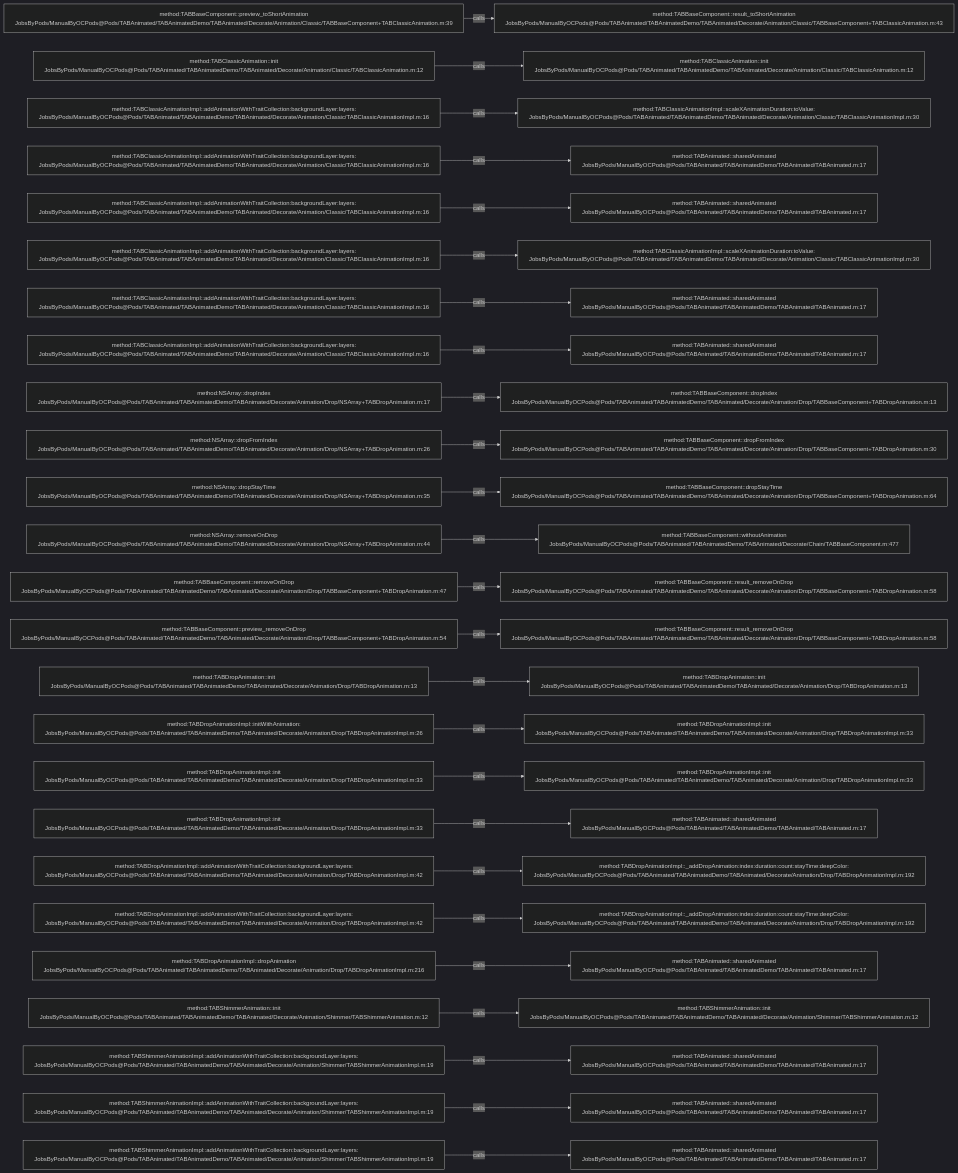
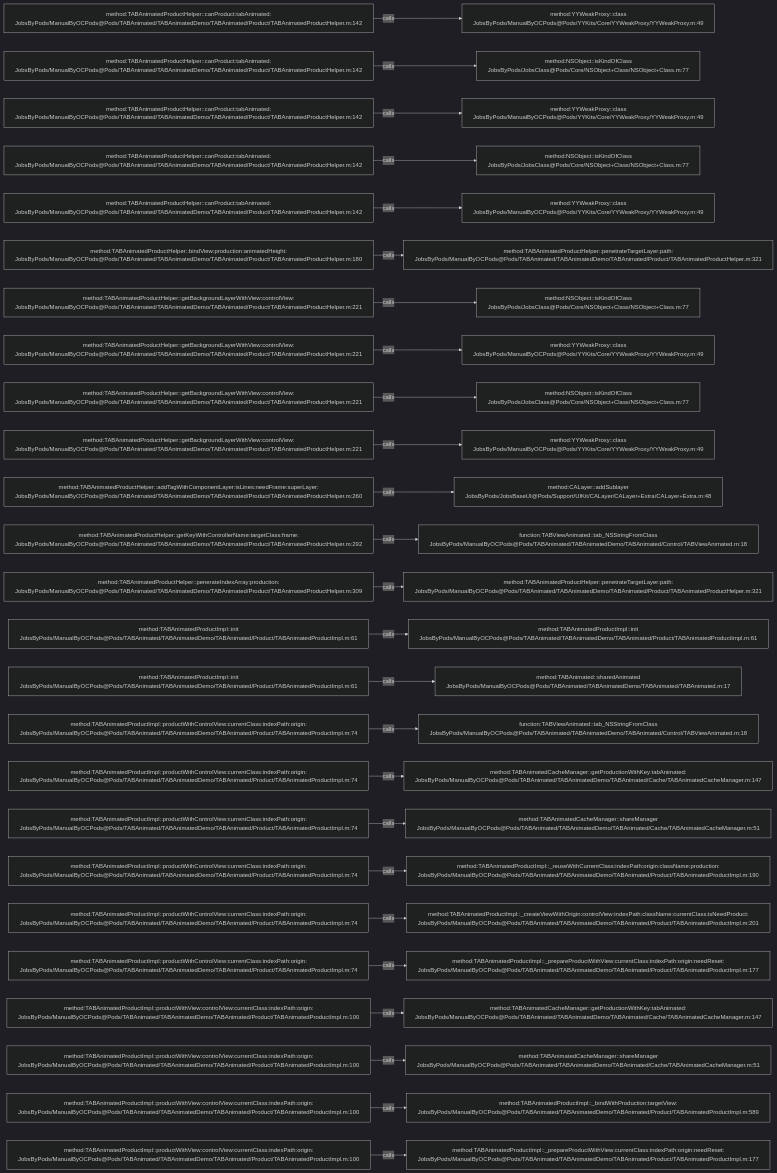
One commit to JobsKits/JobsOCBaseConfigDemo changed the diagram in .codegraph/codegraph.md/graphs/calls-036.md. Above: the diagram before and after it, drawn with Mermaid (dark theme). The commit also changed 1223 other files, not shown here.

````diff
--- a/.codegraph/codegraph.md/graphs/calls-036.md
+++ b/.codegraph/codegraph.md/graphs/calls-036.md
@@ -13,78 +13,78 @@
 ```mermaid
 flowchart LR
-  S1["method:TABBaseComponent::preview_toShortAnimation<br/>JobsByPods/ManualByOCPods@Pods/TABAnimated/TABAnimatedDemo/TABAnimated/Decorate/Animation/Classic/TABBaseComponent+TABClassicAnimation.m:39"]
-  T1["method:TABBaseComponent::result_toShortAnimation<br/>JobsByPods/ManualByOCPods@Pods/TABAnimated/TABAnimatedDemo/TABAnimated/Decorate/Animation/Classic/TABBaseComponent+TABClassicAnimation.m:43"]
+  S1["method:TABAnimatedProductHelper::canProduct:tabAnimated:<br/>JobsByPods/ManualByOCPods@Pods/TABAnimated/TABAnimatedDemo/TABAnimated/Product/TABAnimatedProductHelper.m:142"]
+  T1["method:YYWeakProxy::class<br/>JobsByPods/ManualByOCPods@Pods/YYKits/Core/YYWeakProxy/YYWeakProxy.m:49"]
   S1 -->|calls| T1
-  S2["method:TABClassicAnimation::init<br/>JobsByPods/ManualByOCPods@Pods/TABAnimated/TABAnimatedDemo/TABAnimated/Decorate/Animation/Classic/TABClassicAnimation.m:12"]
-  T2["method:TABClassicAnimation::init<br/>JobsByPods/ManualByOCPods@Pods/TABAnimated/TABAnimatedDemo/TABAnimated/Decorate/Animation/Classic/TABClassicAnimation.m:12"]
+  S2["method:TABAnimatedProductHelper::canProduct:tabAnimated:<br/>JobsByPods/ManualByOCPods@Pods/TABAnimated/TABAnimatedDemo/TABAnimated/Product/TABAnimatedProductHelper.m:142"]
+  T2["method:NSObject::isKindOfClass<br/>JobsByPods/JobsClass@Pods/Core/NSObject+Class/NSObject+Class.m:77"]
   S2 -->|calls| T2
-  S3["method:TABClassicAnimationImpl::addAnimationWithTraitCollection:backgroundLayer:layers:<br/>JobsByPods/ManualByOCPods@Pods/TABAnimated/TABAnimatedDemo/TABAnimated/Decorate/Animation/Classic/TABClassicAnimationImpl.m:16"]
-  T3["method:TABClassicAnimationImpl::scaleXAnimationDuration:toValue:<br/>JobsByPods/ManualByOCPods@Pods/TABAnimated/TABAnimatedDemo/TABAnimated/Decorate/Animation/Classic/TABClassicAnimationImpl.m:30"]
+  S3["method:TABAnimatedProductHelper::canProduct:tabAnimated:<br/>JobsByPods/ManualByOCPods@Pods/TABAnimated/TABAnimatedDemo/TABAnimated/Product/TABAnimatedProductHelper.m:142"]
+  T3["method:YYWeakProxy::class<br/>JobsByPods/ManualByOCPods@Pods/YYKits/Core/YYWeakProxy/YYWeakProxy.m:49"]
   S3 -->|calls| T3
-  S4["method:TABClassicAnimationImpl::addAnimationWithTraitCollection:backgroundLayer:layers:<br/>JobsByPods/ManualByOCPods@Pods/TABAnimated/TABAnimatedDemo/TABAnimated/Decorate/Animation/Classic/TABClassicAnimationImpl.m:16"]
-  T4["method:TABAnimated::sharedAnimated<br/>JobsByPods/ManualByOCPods@Pods/TABAnimated/TABAnimatedDemo/TABAnimated/TABAnimated.m:17"]
+  S4["method:TABAnimatedProductHelper::canProduct:tabAnimated:<br/>JobsByPods/ManualByOCPods@Pods/TABAnimated/TABAnimatedDemo/TABAnimated/Product/TABAnimatedProductHelper.m:142"]
+  T4["method:NSObject::isKindOfClass<br/>JobsByPods/JobsClass@Pods/Core/NSObject+Class/NSObject+Class.m:77"]
   S4 -->|calls| T4
-  S5["method:TABClassicAnimationImpl::addAnimationWithTraitCollection:backgroundLayer:layers:<br/>JobsByPods/ManualByOCPods@Pods/TABAnimated/TABAnimatedDemo/TABAnimated/Decorate/Animation/Classic/TABClassicAnimationImpl.m:16"]
-  T5["method:TABAnimated::sharedAnimated<br/>JobsByPods/ManualByOCPods@Pods/TABAnimated/TABAnimatedDemo/TABAnimated/TABAnimated.m:17"]
+  S5["method:TABAnimatedProductHelper::canProduct:tabAnimated:<br/>JobsByPods/ManualByOCPods@Pods/TABAnimated/TABAnimatedDemo/TABAnimated/Product/TABAnimatedProductHelper.m:142"]
+  T5["method:YYWeakProxy::class<br/>JobsByPods/ManualByOCPods@Pods/YYKits/Core/YYWeakProxy/YYWeakProxy.m:49"]
   S5 -->|calls| T5
-  S6["method:TABClassicAnimationImpl::addAnimationWithTraitCollection:backgroundLayer:layers:<br/>JobsByPods/ManualByOCPods@Pods/TABAnimated/TABAnimatedDemo/TABAnimated/Decorate/Animation/Classic/TABClassicAnimationImpl.m:16"]
-  T6["method:TABClassicAnimationImpl::scaleXAnimationDuration:toValue:<br/>JobsByPods/ManualByOCPods@Pods/TABAnimated/TABAnimatedDemo/TABAnimated/Decorate/Animation/Classic/TABClassicAnimationImpl.m:30"]
+  S6["method:TABAnimatedProductHelper::bindView:production:animatedHeight:<br/>JobsByPods/ManualByOCPods@Pods/TABAnimated/TABAnimatedDemo/TABAnimated/Product/TABAnimatedProductHelper.m:180"]
+  T6["method:TABAnimatedProductHelper::penetrateTargetLayer:path:<br/>JobsByPods/ManualByOCPods@Pods/TABAnimated/TABAnimatedDemo/TABAnimated/Product/TABAnimatedProductHelper.m:321"]
   S6 -->|calls| T6
-  S7["method:TABClassicAnimationImpl::addAnimationWithTraitCollection:backgroundLayer:layers:<br/>JobsByPods/ManualByOCPods@Pods/TABAnimated/TABAnimatedDemo/TABAnimated/Decorate/Animation/Classic/TABClassicAnimationImpl.m:16"]
-  T7["method:TABAnimated::sharedAnimated<br/>JobsByPods/ManualByOCPods@Pods/TABAnimated/TABAnimatedDemo/TABAnimated/TABAnimated.m:17"]
+  S7["method:TABAnimatedProductHelper::getBackgroundLayerWithView:controlView:<br/>JobsByPods/ManualByOCPods@Pods/TABAnimated/TABAnimatedDemo/TABAnimated/Product/TABAnimatedProductHelper.m:221"]
+  T7["method:NSObject::isKindOfClass<br/>JobsByPods/JobsClass@Pods/Core/NSObject+Class/NSObject+Class.m:77"]
   S7 -->|calls| T7
-  S8["method:TABClassicAnimationImpl::addAnimationWithTraitCollection:backgroundLayer:layers:<br/>JobsByPods/ManualByOCPods@Pods/TABAnimated/TABAnimatedDemo/TABAnimated/Decorate/Animation/Classic/TABClassicAnimationImpl.m:16"]
-  T8["method:TABAnimated::sharedAnimated<br/>JobsByPods/ManualByOCPods@Pods/TABAnimated/TABAnimatedDemo/TABAnimated/TABAnimated.m:17"]
+  S8["method:TABAnimatedProductHelper::getBackgroundLayerWithView:controlView:<br/>JobsByPods/ManualByOCPods@Pods/TABAnimated/TABAnimatedDemo/TABAnimated/Product/TABAnimatedProductHelper.m:221"]
+  T8["method:YYWeakProxy::class<br/>JobsByPods/ManualByOCPods@Pods/YYKits/Core/YYWeakProxy/YYWeakProxy.m:49"]
   S8 -->|calls| T8
-  S9["method:NSArray::dropIndex<br/>JobsByPods/ManualByOCPods@Pods/TABAnimated/TABAnimatedDemo/TABAnimated/Decorate/Animation/Drop/NSArray+TABDropAnimation.m:17"]
-  T9["method:TABBaseComponent::dropIndex<br/>JobsByPods/ManualByOCPods@Pods/TABAnimated/TABAnimatedDemo/TABAnimated/Decorate/Animation/Drop/TABBaseComponent+TABDropAnimation.m:13"]
+  S9["method:TABAnimatedProductHelper::getBackgroundLayerWithView:controlView:<br/>JobsByPods/ManualByOCPods@Pods/TABAnimated/TABAnimatedDemo/TABAnimated/Product/TABAnimatedProductHelper.m:221"]
+  T9["method:NSObject::isKindOfClass<br/>JobsByPods/JobsClass@Pods/Core/NSObject+Class/NSObject+Class.m:77"]
   S9 -->|calls| T9
-  S10["method:NSArray::dropFromIndex<br/>JobsByPods/ManualByOCPods@Pods/TABAnimated/TABAnimatedDemo/TABAnimated/Decorate/Animation/Drop/NSArray+TABDropAnimation.m:26"]
-  T10["method:TABBaseComponent::dropFromIndex<br/>JobsByPods/ManualByOCPods@Pods/TABAnimated/TABAnimatedDemo/TABAnimated/Decorate/Animation/Drop/TABBaseComponent+TABDropAnimation.m:30"]
+  S10["method:TABAnimatedProductHelper::getBackgroundLayerWithView:controlView:<br/>JobsByPods/ManualByOCPods@Pods/TABAnimated/TABAnimatedDemo/TABAnimated/Product/TABAnimatedProductHelper.m:221"]
+  T10["method:YYWeakProxy::class<br/>JobsByPods/ManualByOCPods@Pods/YYKits/Core/YYWeakProxy/YYWeakProxy.m:49"]
   S10 -->|calls| T10
-  S11["method:NSArray::dropStayTime<br/>JobsByPods/ManualByOCPods@Pods/TABAnimated/TABAnimatedDemo/TABAnimated/Decorate/Animation/Drop/NSArray+TABDropAnimation.m:35"]
-  T11["method:TABBaseComponent::dropStayTime<br/>JobsByPods/ManualByOCPods@Pods/TABAnimated/TABAnimatedDemo/TABAnimated/Decorate/Animation/Drop/TABBaseComponent+TABDropAnimation.m:64"]
+  S11["method:TABAnimatedProductHelper::addTagWithComponentLayer:isLines:needFrame:superLayer:<br/>JobsByPods/ManualByOCPods@Pods/TABAnimated/TABAnimatedDemo/TABAnimated/Product/TABAnimatedProductHelper.m:260"]
+  T11["method:CALayer::addSublayer<br/>JobsByPods/JobsBaseUI@Pods/Support/UIKit/CALayer/CALayer+Extra/CALayer+Extra.m:48"]
   S11 -->|calls| T11
-  S12["method:NSArray::removeOnDrop<br/>JobsByPods/ManualByOCPods@Pods/TABAnimated/TABAnimatedDemo/TABAnimated/Decorate/Animation/Drop/NSArray+TABDropAnimation.m:44"]
-  T12["method:TABBaseComponent::withoutAnimation<br/>JobsByPods/ManualByOCPods@Pods/TABAnimated/TABAnimatedDemo/TABAnimated/Decorate/Chain/TABBaseComponent.m:477"]
+  S12["method:TABAnimatedProductHelper::getKeyWithControllerName:targetClass:frame:<br/>JobsByPods/ManualByOCPods@Pods/TABAnimated/TABAnimatedDemo/TABAnimated/Product/TABAnimatedProductHelper.m:292"]
+  T12["function:TABViewAnimated::tab_NSStringFromClass<br/>JobsByPods/ManualByOCPods@Pods/TABAnimated/TABAnimatedDemo/TABAnimated/Control/TABViewAnimated.m:18"]
   S12 -->|calls| T12
-  S13["method:TABBaseComponent::removeOnDrop<br/>JobsByPods/ManualByOCPods@Pods/TABAnimated/TABAnimatedDemo/TABAnimated/Decorate/Animation/Drop/TABBaseComponent+TABDropAnimation.m:47"]
-  T13["method:TABBaseComponent::result_removeOnDrop<br/>JobsByPods/ManualByOCPods@Pods/TABAnimated/TABAnimatedDemo/TABAnimated/Decorate/Animation/Drop/TABBaseComponent+TABDropAnimation.m:58"]
+  S13["method:TABAnimatedProductHelper::penerateIndexArray:production:<br/>JobsByPods/ManualByOCPods@Pods/TABAnimated/TABAnimatedDemo/TABAnimated/Product/TABAnimatedProductHelper.m:309"]
+  T13["method:TABAnimatedProductHelper::penetrateTargetLayer:path:<br/>JobsByPods/ManualByOCPods@Pods/TABAnimated/TABAnimatedDemo/TABAnimated/Product/TABAnimatedProductHelper.m:321"]
   S13 -->|calls| T13
-  S14["method:TABBaseComponent::preview_removeOnDrop<br/>JobsByPods/ManualByOCPods@Pods/TABAnimated/TABAnimatedDemo/TABAnimated/Decorate/Animation/Drop/TABBaseComponent+TABDropAnimation.m:54"]
-  T14["method:TABBaseComponent::result_removeOnDrop<br/>JobsByPods/ManualByOCPods@Pods/TABAnimated/TABAnimatedDemo/TABAnimated/Decorate/Animation/Drop/TABBaseComponent+TABDropAnimation.m:58"]
+  S14["method:TABAnimatedProductImpl::init<br/>JobsByPods/ManualByOCPods@Pods/TABAnimated/TABAnimatedDemo/TABAnimated/Product/TABAnimatedProductImpl.m:61"]
+  T14["method:TABAnimatedProductImpl::init<br/>JobsByPods/ManualByOCPods@Pods/TABAnimated/TABAnimatedDemo/TABAnimated/Product/TABAnimatedProductImpl.m:61"]
   S14 -->|calls| T14
-  S15["method:TABDropAnimation::init<br/>JobsByPods/ManualByOCPods@Pods/TABAnimated/TABAnimatedDemo/TABAnimated/Decorate/Animation/Drop/TABDropAnimation.m:13"]
-  T15["method:TABDropAnimation::init<br/>JobsByPods/ManualByOCPods@Pods/TABAnimated/TABAnimatedDemo/TABAnimated/Decorate/Animation/Drop/TABDropAnimation.m:13"]
+  S15["method:TABAnimatedProductImpl::init<br/>JobsByPods/ManualByOCPods@Pods/TABAnimated/TABAnimatedDemo/TABAnimated/Product/TABAnimatedProductImpl.m:61"]
+  T15["method:TABAnimated::sharedAnimated<br/>JobsByPods/ManualByOCPods@Pods/TABAnimated/TABAnimatedDemo/TABAnimated/TABAnimated.m:17"]
   S15 -->|calls| T15
-  S16["method:TABDropAnimationImpl::initWithAnimation:<br/>JobsByPods/ManualByOCPods@Pods/TABAnimated/TABAnimatedDemo/TABAnimated/Decorate/Animation/Drop/TABDropAnimationImpl.m:26"]
-  T16["method:TABDropAnimationImpl::init<br/>JobsByPods/ManualByOCPods@Pods/TABAnimated/TABAnimatedDemo/TABAnimated/Decorate/Animation/Drop/TABDropAnimationImpl.m:33"]
+  S16["method:TABAnimatedProductImpl::productWithControlView:currentClass:indexPath:origin:<br/>JobsByPods/ManualByOCPods@Pods/TABAnimated/TABAnimatedDemo/TABAnimated/Product/TABAnimatedProductImpl.m:74"]
+  T16["function:TABViewAnimated::tab_NSStringFromClass<br/>JobsByPods/ManualByOCPods@Pods/TABAnimated/TABAnimatedDemo/TABAnimated/Control/TABViewAnimated.m:18"]
   S16 -->|calls| T16
-  S17["method:TABDropAnimationImpl::init<br/>JobsByPods/ManualByOCPods@Pods/TABAnimated/TABAnimatedDemo/TABAnimated/Decorate/Animation/Drop/TABDropAnimationImpl.m:33"]
-  T17["method:TABDropAnimationImpl::init<br/>JobsByPods/ManualByOCPods@Pods/TABAnimated/TABAnimatedDemo/TABAnimated/Decorate/Animation/Drop/TABDropAnimationImpl.m:33"]
+  S17["method:TABAnimatedProductImpl::productWithControlView:currentClass:indexPath:origin:<br/>JobsByPods/ManualByOCPods@Pods/TABAnimated/TABAnimatedDemo/TABAnimated/Product/TABAnimatedProductImpl.m:74"]
+  T17["method:TABAnimatedCacheManager::getProductionWithKey:tabAnimated:<br/>JobsByPods/ManualByOCPods@Pods/TABAnimated/TABAnimatedDemo/TABAnimated/Cache/TABAnimatedCacheManager.m:147"]
   S17 -->|calls| T17
-  S18["method:TABDropAnimationImpl::init<br/>JobsByPods/ManualByOCPods@Pods/TABAnimated/TABAnimatedDemo/TABAnimated/Decorate/Animation/Drop/TABDropAnimationImpl.m:33"]
-  T18["method:TABAnimated::sharedAnimated<br/>JobsByPods/ManualByOCPods@Pods/TABAnimated/TABAnimatedDemo/TABAnimated/TABAnimated.m:17"]
+  S18["method:TABAnimatedProductImpl::productWithControlView:currentClass:indexPath:origin:<br/>JobsByPods/ManualByOCPods@Pods/TABAnimated/TABAnimatedDemo/TABAnimated/Product/TABAnimatedProductImpl.m:74"]
+  T18["method:TABAnimatedCacheManager::shareManager<br/>JobsByPods/ManualByOCPods@Pods/TABAnimated/TABAnimatedDemo/TABAnimated/Cache/TABAnimatedCacheManager.m:51"]
   S18 -->|calls| T18
-  S19["method:TABDropAnimationImpl::addAnimationWithTraitCollection:backgroundLayer:layers:<br/>JobsByPods/ManualByOCPods@Pods/TABAnimated/TABAnimatedDemo/TABAnimated/Decorate/Animation/Drop/TABDropAnimationImpl.m:42"]
-  T19["method:TABDropAnimationImpl::_addDropAnimation:index:duration:count:stayTime:deepColor:<br/>JobsByPods/ManualByOCPods@Pods/TABAnimated/TABAnimatedDemo/TABAnimated/Decorate/Animation/Drop/TABDropAnimationImpl.m:192"]
+  S19["method:TABAnimatedProductImpl::productWithControlView:currentClass:indexPath:origin:<br/>JobsByPods/ManualByOCPods@Pods/TABAnimated/TABAnimatedDemo/TABAnimated/Product/TABAnimatedProductImpl.m:74"]
+  T19["method:TABAnimatedProductImpl::_reuseWithCurrentClass:indexPath:origin:className:production:<br/>JobsByPods/ManualByOCPods@Pods/TABAnimated/TABAnimatedDemo/TABAnimated/Product/TABAnimatedProductImpl.m:190"]
   S19 -->|calls| T19
-  S20["method:TABDropAnimationImpl::addAnimationWithTraitCollection:backgroundLayer:layers:<br/>JobsByPods/ManualByOCPods@Pods/TABAnimated/TABAnimatedDemo/TABAnimated/Decorate/Animation/Drop/TABDropAnimationImpl.m:42"]
-  T20["method:TABDropAnimationImpl::_addDropAnimation:index:duration:count:stayTime:deepColor:<br/>JobsByPods/ManualByOCPods@Pods/TABAnimated/TABAnimatedDemo/TABAnimated/Decorate/Animation/Drop/TABDropAnimationImpl.m:192"]
+  S20["method:TABAnimatedProductImpl::productWithControlView:currentClass:indexPath:origin:<br/>JobsByPods/ManualByOCPods@Pods/TABAnimated/TABAnimatedDemo/TABAnimated/Product/TABAnimatedProductImpl.m:74"]
+  T20["method:TABAnimatedProductImpl::_createViewWithOrigin:controlView:indexPath:className:currentClass:isNeedProduct:<br/>JobsByPods/ManualByOCPods@Pods/TABAnimated/TABAnimatedDemo/TABAnimated/Product/TABAnimatedProductImpl.m:201"]
   S20 -->|calls| T20
-  S21["method:TABDropAnimationImpl::dropAnimation<br/>JobsByPods/ManualByOCPods@Pods/TABAnimated/TABAnimatedDemo/TABAnimated/Decorate/Animation/Drop/TABDropAnimationImpl.m:216"]
-  T21["method:TABAnimated::sharedAnimated<br/>JobsByPods/ManualByOCPods@Pods/TABAnimated/TABAnimatedDemo/TABAnimated/TABAnimated.m:17"]
+  S21["method:TABAnimatedProductImpl::productWithControlView:currentClass:indexPath:origin:<br/>JobsByPods/ManualByOCPods@Pods/TABAnimated/TABAnimatedDemo/TABAnimated/Product/TABAnimatedProductImpl.m:74"]
+  T21["method:TABAnimatedProductImpl::_prepareProductWithView:currentClass:indexPath:origin:needReset:<br/>JobsByPods/ManualByOCPods@Pods/TABAnimated/TABAnimatedDemo/TABAnimated/Product/TABAnimatedProductImpl.m:177"]
   S21 -->|calls| T21
-  S22["method:TABShimmerAnimation::init<br/>JobsByPods/ManualByOCPods@Pods/TABAnimated/TABAnimatedDemo/TABAnimated/Decorate/Animation/Shimmer/TABShimmerAnimation.m:12"]
-  T22["method:TABShimmerAnimation::init<br/>JobsByPods/ManualByOCPods@Pods/TABAnimated/TABAnimatedDemo/TABAnimated/Decorate/Animation/Shimmer/TABShimmerAnimation.m:12"]
+  S22["method:TABAnimatedProductImpl::productWithView:controlView:currentClass:indexPath:origin:<br/>JobsByPods/ManualByOCPods@Pods/TABAnimated/TABAnimatedDemo/TABAnimated/Product/TABAnimatedProductImpl.m:100"]
+  T22["method:TABAnimatedCacheManager::getProductionWithKey:tabAnimated:<br/>JobsByPods/ManualByOCPods@Pods/TABAnimated/TABAnimatedDemo/TABAnimated/Cache/TABAnimatedCacheManager.m:147"]
   S22 -->|calls| T22
-  S23["method:TABShimmerAnimationImpl::addAnimationWithTraitCollection:backgroundLayer:layers:<br/>JobsByPods/ManualByOCPods@Pods/TABAnimated/TABAnimatedDemo/TABAnimated/Decorate/Animation/Shimmer/TABShimmerAnimationImpl.m:19"]
-  T23["method:TABAnimated::sharedAnimated<br/>JobsByPods/ManualByOCPods@Pods/TABAnimated/TABAnimatedDemo/TABAnimated/TABAnimated.m:17"]
+  S23["method:TABAnimatedProductImpl::productWithView:controlView:currentClass:indexPath:origin:<br/>JobsByPods/ManualByOCPods@Pods/TABAnimated/TABAnimatedDemo/TABAnimated/Product/TABAnimatedProductImpl.m:100"]
+  T23["method:TABAnimatedCacheManager::shareManager<br/>JobsByPods/ManualByOCPods@Pods/TABAnimated/TABAnimatedDemo/TABAnimated/Cache/TABAnimatedCacheManager.m:51"]
   S23 -->|calls| T23
-  S24["method:TABShimmerAnimationImpl::addAnimationWithTraitCollection:backgroundLayer:layers:<br/>JobsByPods/ManualByOCPods@Pods/TABAnimated/TABAnimatedDemo/TABAnimated/Decorate/Animation/Shimmer/TABShimmerAnimationImpl.m:19"]
-  T24["method:TABAnimated::sharedAnimated<br/>JobsByPods/ManualByOCPods@Pods/TABAnimated/TABAnimatedDemo/TABAnimated/TABAnimated.m:17"]
+  S24["method:TABAnimatedProductImpl::productWithView:controlView:currentClass:indexPath:origin:<br/>JobsByPods/ManualByOCPods@Pods/TABAnimated/TABAnimatedDemo/TABAnimated/Product/TABAnimatedProductImpl.m:100"]
+  T24["method:TABAnimatedProductImpl::_bindWithProduction:targetView:<br/>JobsByPods/ManualByOCPods@Pods/TABAnimated/TABAnimatedDemo/TABAnimated/Product/TABAnimatedProductImpl.m:589"]
   S24 -->|calls| T24
-  S25["method:TABShimmerAnimationImpl::addAnimationWithTraitCollection:backgroundLayer:layers:<br/>JobsByPods/ManualByOCPods@Pods/TABAnimated/TABAnimatedDemo/TABAnimated/Decorate/Animation/Shimmer/TABShimmerAnimationImpl.m:19"]
-  T25["method:TABAnimated::sharedAnimated<br/>JobsByPods/ManualByOCPods@Pods/TABAnimated/TABAnimatedDemo/TABAnimated/TABAnimated.m:17"]
+  S25["method:TABAnimatedProductImpl::productWithView:controlView:currentClass:indexPath:origin:<br/>JobsByPods/ManualByOCPods@Pods/TABAnimated/TABAnimatedDemo/TABAnimated/Product/TABAnimatedProductImpl.m:100"]
+  T25["method:TABAnimatedProductImpl::_prepareProductWithView:currentClass:indexPath:origin:needReset:<br/>JobsByPods/ManualByOCPods@Pods/TABAnimated/TABAnimatedDemo/TABAnimated/Product/TABAnimatedProductImpl.m:177"]
   S25 -->|calls| T25
 ```
````
